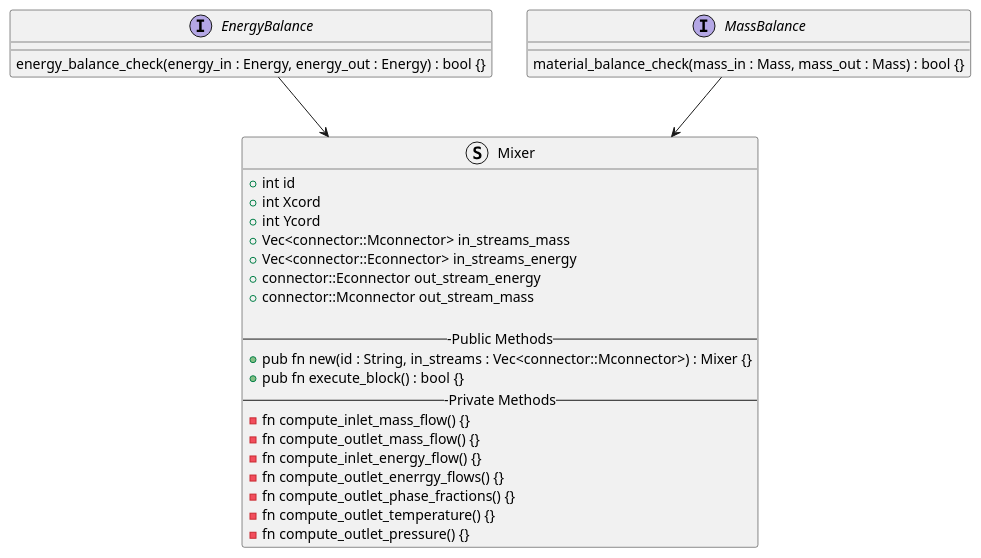
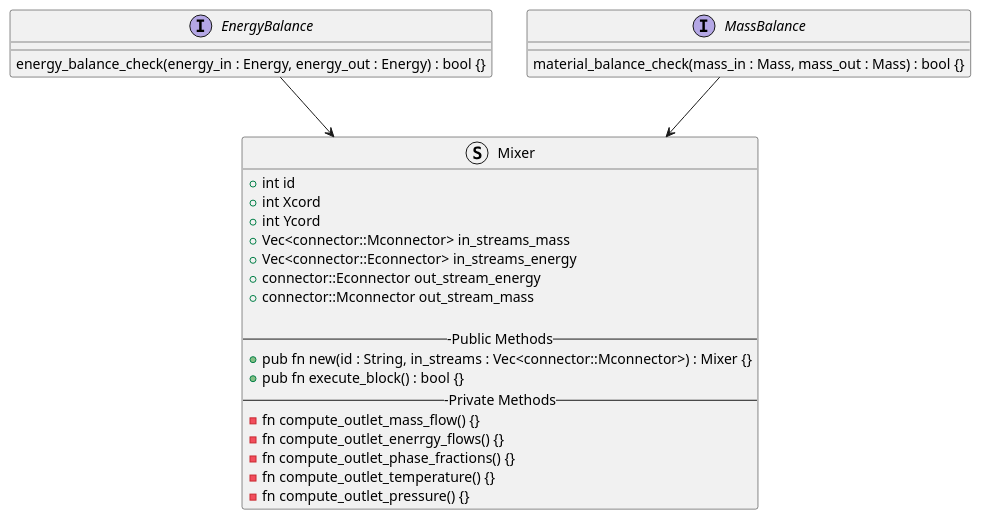
Before and after one commit to OSCPS-Project/OSCPS-UML: the diagram in blocks-module/blocks-module.puml, drawn with PlantUML. The commit also changed 1 other file, not shown here.

Commit message:
updating the blocks uml diagram for the mixer struct

```diff
--- a/blocks-module/blocks-module.puml
+++ b/blocks-module/blocks-module.puml
@@ -1,38 +1,36 @@
 @startuml Blocks_Module_Class_Diagram
 
 Interface EnergyBalance {
   energy_balance_check(energy_in : Energy, energy_out : Energy) : bool {} 
 }
 
 Interface MassBalance {
   material_balance_check(mass_in : Mass, mass_out : Mass) : bool {}  
 }
 
 
 Struct Mixer {
   + int id
   + int Xcord
   + int Ycord
   + Vec<connector::Mconnector> in_streams_mass
   + Vec<connector::Econnector> in_streams_energy
   + connector::Econnector out_stream_energy
   + connector::Mconnector out_stream_mass
 
   ---Public Methods--
   + pub fn new(id : String, in_streams : Vec<connector::Mconnector>) : Mixer {}
   + pub fn execute_block() : bool {}
   ---Private Methods--
-  - fn compute_inlet_mass_flow() {}
   - fn compute_outlet_mass_flow() {}
-  - fn compute_inlet_energy_flow() {}
   - fn compute_outlet_enerrgy_flows() {}
   - fn compute_outlet_phase_fractions() {}
   - fn compute_outlet_temperature() {}
   - fn compute_outlet_pressure() {} 
 }
 
 EnergyBalance --> Mixer
 MassBalance --> Mixer
 
 
 @enduml
```
